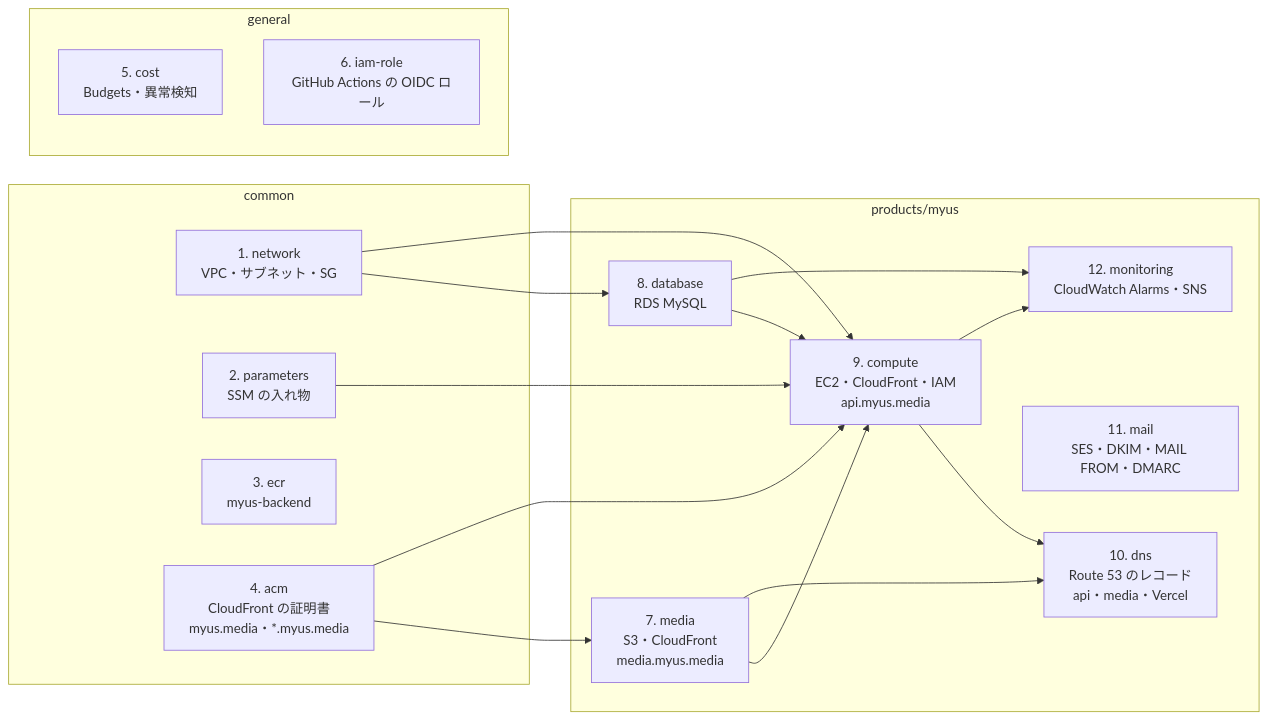
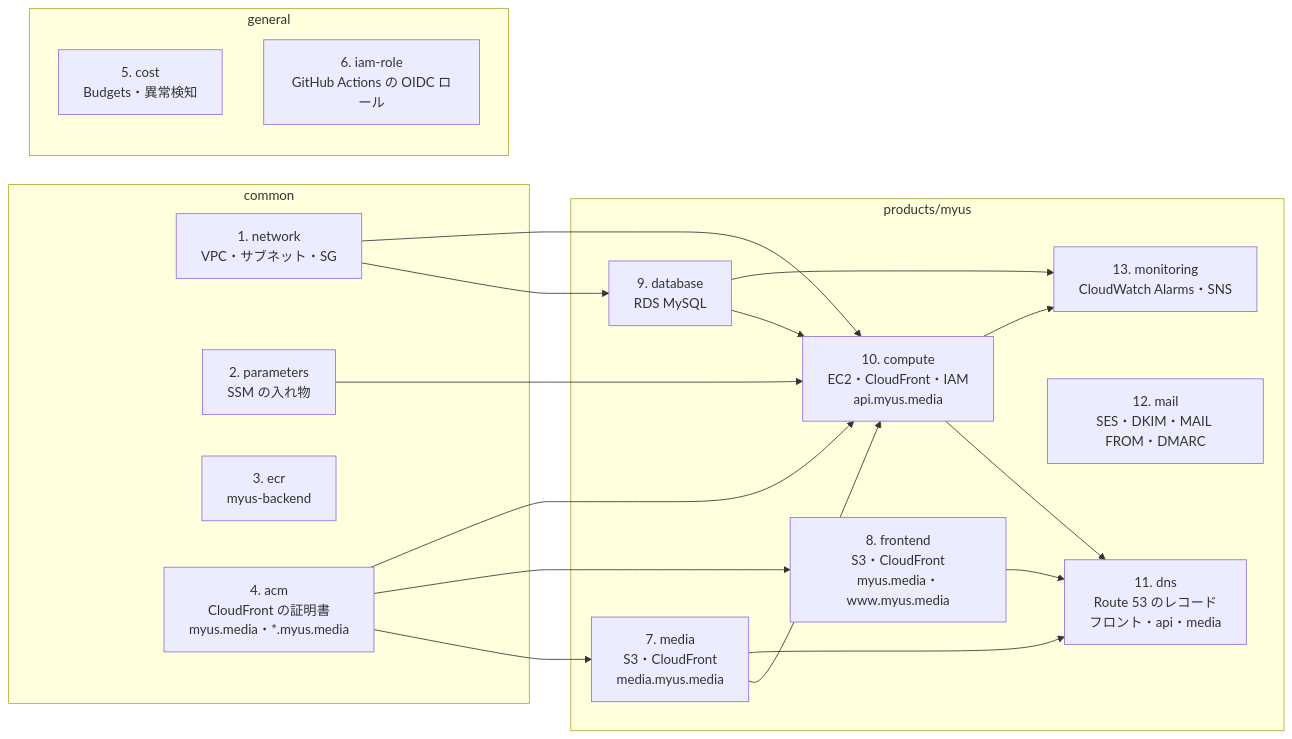
The third of 6 diagrams in docs/infrastructure.md (ANFINII/MyUs), drawn with Mermaid before and after one commit. The commit also changed other lines of this file and 15 other files, not shown here.

First line of the commit message:
フロントを Vercel でなく S3 と CloudFront から myus.media で配信する (#1506)

````diff
--- a/docs/infrastructure.md
+++ b/docs/infrastructure.md
@@ -220,33 +221,36 @@
 ```mermaid
 flowchart LR
     subgraph common[common]
         network[1. network<br/>VPC・サブネット・SG]
         parameters[2. parameters<br/>SSM の入れ物]
         ecr[3. ecr<br/>myus-backend]
         acm[4. acm<br/>CloudFront の証明書<br/>myus.media・*.myus.media]
     end
     subgraph general[general]
         cost[5. cost<br/>Budgets・異常検知]
         iam[6. iam-role<br/>GitHub Actions の OIDC ロール]
     end
     subgraph myus[products/myus]
         media[7. media<br/>S3・CloudFront<br/>media.myus.media]
-        database[8. database<br/>RDS MySQL]
-        compute[9. compute<br/>EC2・CloudFront・IAM<br/>api.myus.media]
-        dns[10. dns<br/>Route 53 のレコード<br/>api・media・Vercel]
-        mail[11. mail<br/>SES・DKIM・MAIL FROM・DMARC]
-        monitoring[12. monitoring<br/>CloudWatch Alarms・SNS]
+        frontend[8. frontend<br/>S3・CloudFront<br/>myus.media・www.myus.media]
+        database[9. database<br/>RDS MySQL]
+        compute[10. compute<br/>EC2・CloudFront・IAM<br/>api.myus.media]
+        dns[11. dns<br/>Route 53 のレコード<br/>フロント・api・media]
+        mail[12. mail<br/>SES・DKIM・MAIL FROM・DMARC]
+        monitoring[13. monitoring<br/>CloudWatch Alarms・SNS]
     end
 
     acm --> media
+    acm --> frontend
     acm --> compute
     network --> database
     network --> compute
     parameters --> compute
     database --> compute
     media --> compute
     media --> dns
+    frontend --> dns
     compute --> dns
     database --> monitoring
     compute --> monitoring
 ```
````
